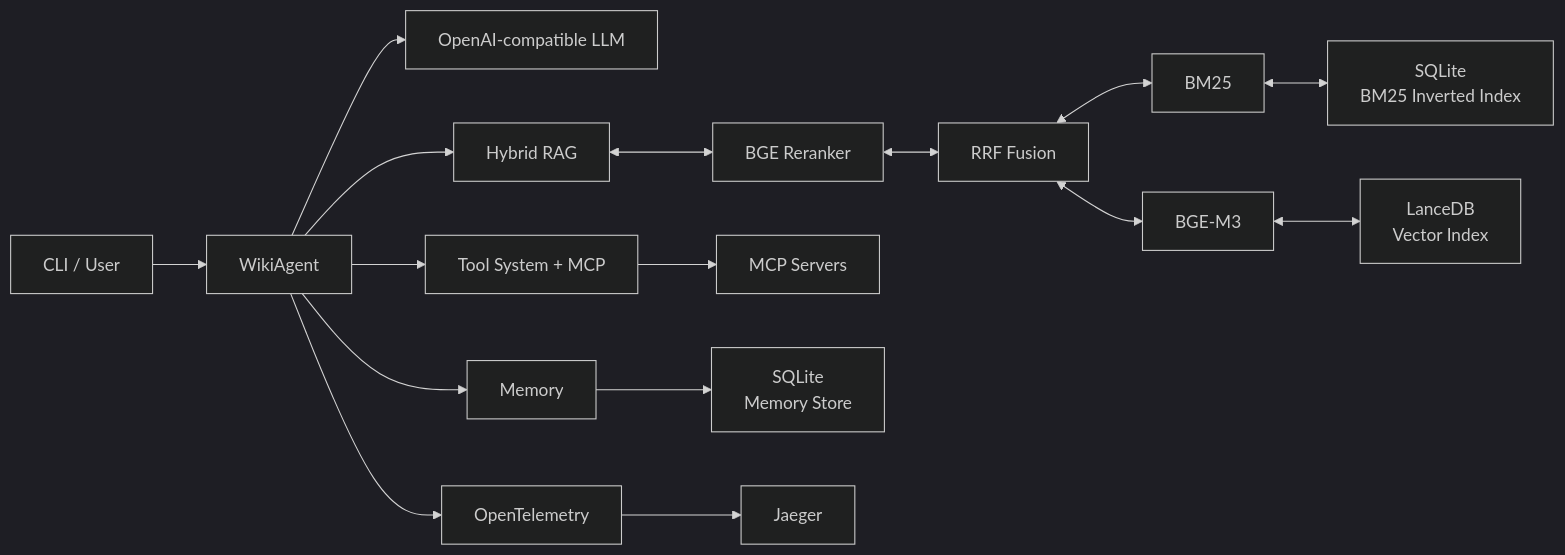
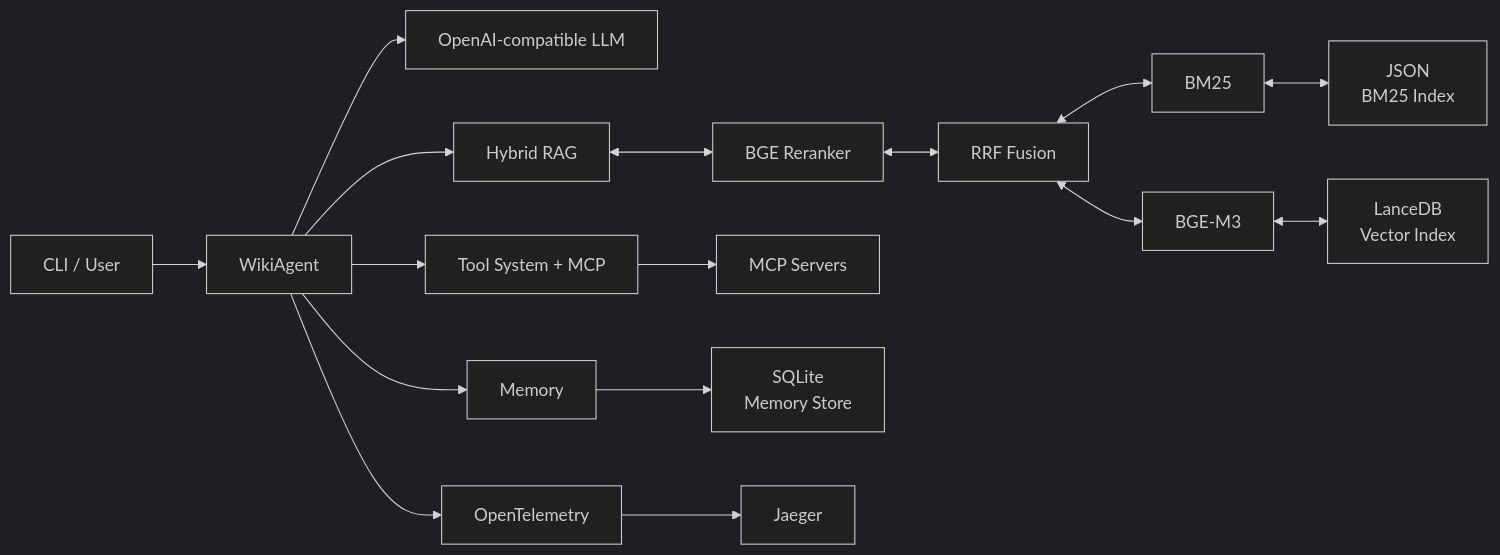
One commit to liushupeng/wiki-agent changed the second of 2 diagrams in README.md. Above: the diagram before and after it, drawn with Mermaid (dark theme). The commit also changed other lines of this file and 6 other files, not shown here.

````diff
--- a/README.md
+++ b/README.md
@@ -52,20 +52,20 @@
 ```mermaid
 flowchart LR
     client["CLI / User"] --> app["WikiAgent"]
     app --> llm["OpenAI-compatible LLM"]
     app --> tools["Tool System + MCP"]
     app --> rag["Hybrid RAG"]
     app --> memory["Memory"]
     app --> telemetry["OpenTelemetry"]
     
     rag <--> reranker["BGE Reranker"]
     reranker <--> fusion["RRF Fusion"]
     fusion <--> bm25["BM25"]
     fusion <--> bge["BGE-M3"]
-    bm25 <--> bm25db["SQLite<br/>BM25 Inverted Index"]
+    bm25 <--> bm25db["JSON<br/>BM25 Index"]
     bge <--> lancedb["LanceDB<br/>Vector Index"]
 
     tools --> mcp["MCP Servers"]
     memory --> memorydb["SQLite<br/>Memory Store"]
     telemetry --> jaeger["Jaeger"]
 ```
````
